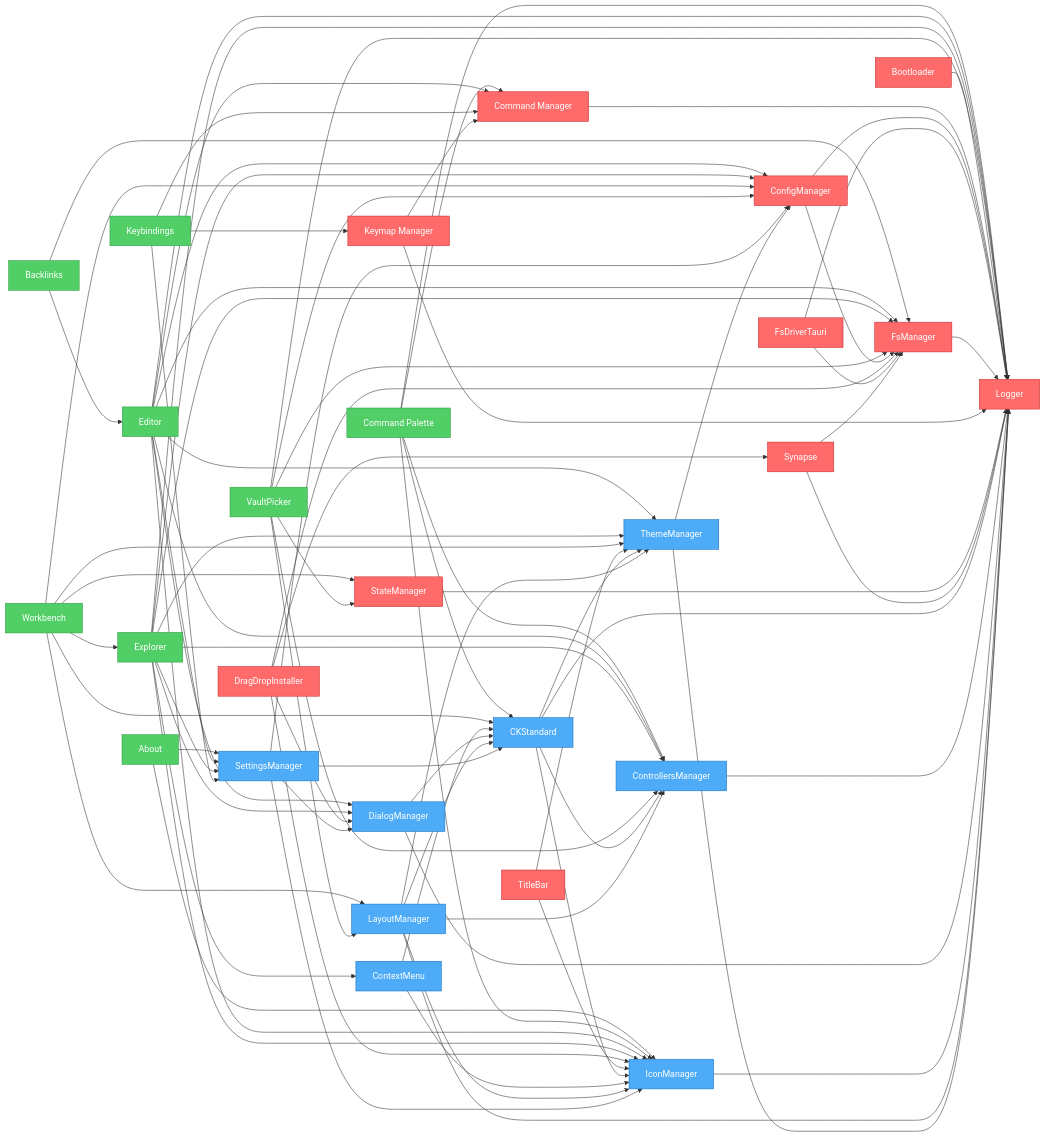
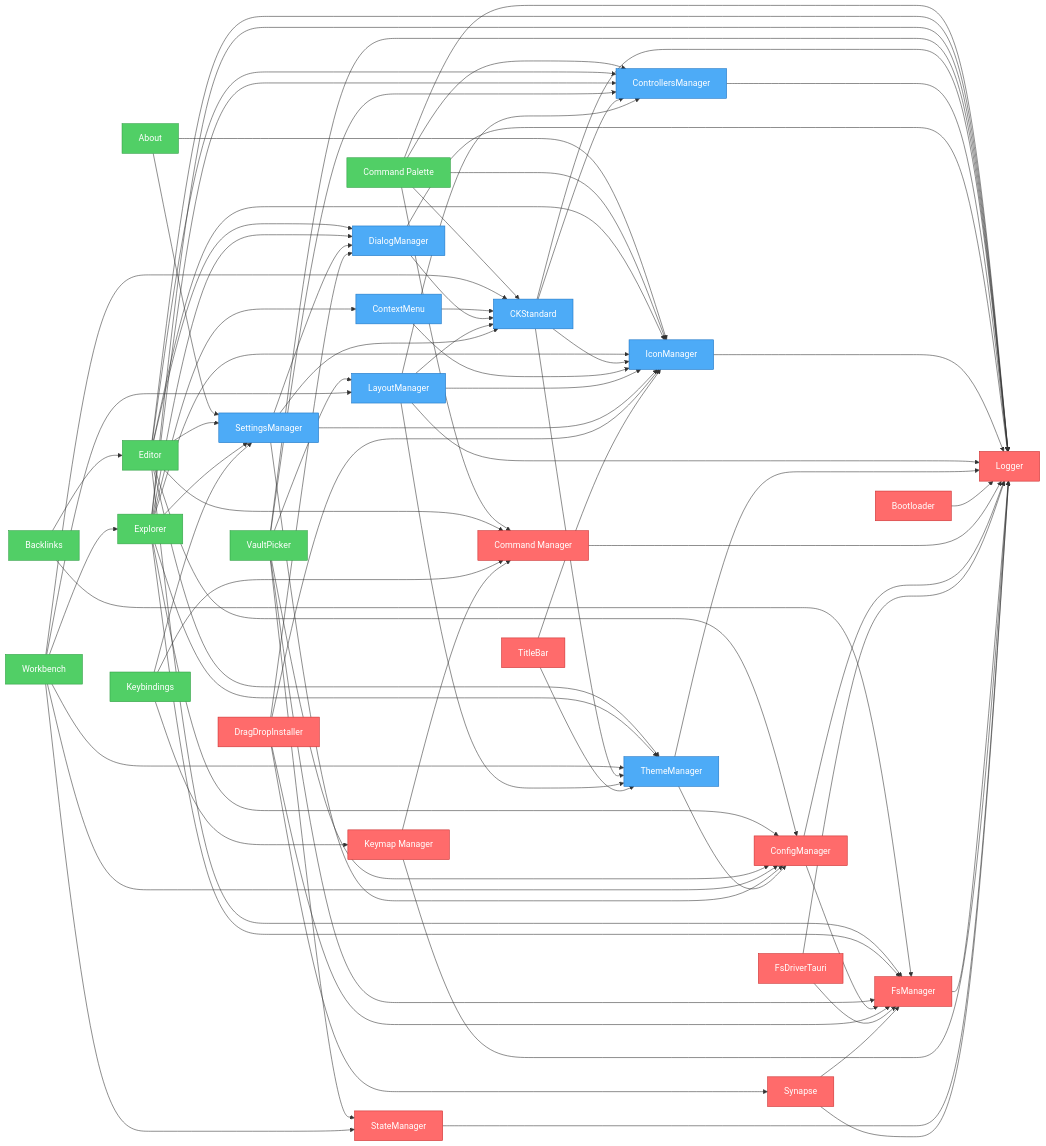
Before and after one commit to khton-tech/notehub.md: the diagram in artifacts/graph.mmd, drawn with Mermaid. The commit also changed other lines of this file and 20 other files, not shown here.

```diff
--- a/artifacts/graph.mmd
+++ b/artifacts/graph.mmd
@@ -1,118 +1,118 @@
 flowchart LR
     nh_features_about["About"]
     nh_features_backlinks["Backlinks"]
     nh_features_command-palette["Command Palette"]
     nh_features_editor["Editor"]
     nh_features_explorer["Explorer"]
     nh_features_keybindings["Keybindings"]
+    nh_features_vault-picker["VaultPicker"]
     nh_features_workbench["Workbench"]
-    nh_features_vault-picker["VaultPicker"]
+    nh_ui_ck-standard["CKStandard"]
+    nh_ui_context-menu["ContextMenu"]
+    nh_ui_controllers-manager["ControllersManager"]
+    nh_ui_dialog-manager["DialogManager"]
+    nh_ui_icon-manager["IconManager"]
+    nh_ui_layout-manager["LayoutManager"]
+    nh_ui_settings-manager["SettingsManager"]
+    nh_ui_theme-manager["ThemeManager"]
     nh_system_bootloader["Bootloader"]
     nh_system_command-manager["Command Manager"]
     nh_system_config-manager["ConfigManager"]
     nh_system_drag-drop["DragDropInstaller"]
     nh_system_fs-driver-tauri["FsDriverTauri"]
     nh_system_fs-manager["FsManager"]
     nh_system_keymap["Keymap Manager"]
     nh_system_logger["Logger"]
     nh_system_state-manager["StateManager"]
     nh_system_synapse["Synapse"]
     nh_system_titlebar["TitleBar"]
-    nh_ui_ck-standard["CKStandard"]
-    nh_ui_context-menu["ContextMenu"]
-    nh_ui_controllers-manager["ControllersManager"]
-    nh_ui_dialog-manager["DialogManager"]
-    nh_ui_icon-manager["IconManager"]
-    nh_ui_layout-manager["LayoutManager"]
-    nh_ui_settings-manager["SettingsManager"]
-    nh_ui_theme-manager["ThemeManager"]
     nh_features_about --> nh_ui_settings-manager
     nh_features_about --> nh_ui_icon-manager
     nh_features_backlinks --> nh_features_editor
     nh_features_backlinks --> nh_system_fs-manager
     nh_features_command-palette --> nh_system_command-manager
     nh_features_command-palette --> nh_system_logger
     nh_features_command-palette --> nh_ui_controllers-manager
     nh_features_command-palette --> nh_ui_ck-standard
     nh_features_command-palette --> nh_ui_icon-manager
     nh_features_editor --> nh_system_config-manager
     nh_features_editor --> nh_system_command-manager
     nh_features_editor --> nh_ui_settings-manager
     nh_features_editor --> nh_system_fs-manager
     nh_features_editor --> nh_system_logger
     nh_features_editor --> nh_ui_controllers-manager
     nh_features_editor --> nh_ui_dialog-manager
     nh_features_editor --> nh_ui_icon-manager
     nh_features_editor --> nh_ui_theme-manager
     nh_features_explorer --> nh_system_config-manager
     nh_features_explorer --> nh_ui_settings-manager
     nh_features_explorer --> nh_system_fs-manager
     nh_features_explorer --> nh_system_logger
     nh_features_explorer --> nh_ui_controllers-manager
     nh_features_explorer --> nh_ui_icon-manager
     nh_features_explorer --> nh_ui_theme-manager
     nh_features_explorer --> nh_ui_context-menu
     nh_features_explorer --> nh_ui_dialog-manager
     nh_features_keybindings --> nh_ui_settings-manager
     nh_features_keybindings --> nh_system_command-manager
     nh_features_keybindings --> nh_system_keymap
+    nh_features_vault-picker --> nh_system_fs-manager
+    nh_features_vault-picker --> nh_system_config-manager
+    nh_features_vault-picker --> nh_system_state-manager
+    nh_features_vault-picker --> nh_system_logger
+    nh_features_vault-picker --> nh_ui_controllers-manager
+    nh_features_vault-picker --> nh_ui_layout-manager
     nh_features_workbench --> nh_system_config-manager
     nh_features_workbench --> nh_ui_layout-manager
     nh_features_workbench --> nh_ui_theme-manager
     nh_features_workbench --> nh_ui_ck-standard
     nh_features_workbench --> nh_system_state-manager
     nh_features_workbench --> nh_features_explorer
-    nh_features_vault-picker --> nh_system_fs-manager
-    nh_features_vault-picker --> nh_system_config-manager
-    nh_features_vault-picker --> nh_system_state-manager
-    nh_features_vault-picker --> nh_system_logger
-    nh_features_vault-picker --> nh_ui_controllers-manager
-    nh_features_vault-picker --> nh_ui_layout-manager
-    nh_system_bootloader --> nh_system_logger
-    nh_system_command-manager --> nh_system_logger
-    nh_system_config-manager --> nh_system_logger
-    nh_system_config-manager --> nh_system_fs-manager
-    nh_system_drag-drop --> nh_ui_icon-manager
-    nh_system_drag-drop --> nh_ui_dialog-manager
-    nh_system_drag-drop --> nh_system_fs-manager
-    nh_system_drag-drop --> nh_system_synapse
-    nh_system_fs-driver-tauri --> nh_system_logger
-    nh_system_fs-driver-tauri --> nh_system_fs-manager
-    nh_system_fs-manager --> nh_system_logger
-    nh_system_keymap --> nh_system_command-manager
-    nh_system_keymap --> nh_system_logger
-    nh_system_state-manager --> nh_system_logger
-    nh_system_synapse --> nh_system_fs-manager
-    nh_system_synapse --> nh_system_logger
-    nh_system_titlebar --> nh_ui_icon-manager
-    nh_system_titlebar --> nh_ui_theme-manager
     nh_ui_ck-standard --> nh_system_logger
     nh_ui_ck-standard --> nh_ui_controllers-manager
     nh_ui_ck-standard --> nh_ui_icon-manager
     nh_ui_ck-standard --> nh_ui_theme-manager
     nh_ui_context-menu --> nh_ui_icon-manager
     nh_ui_context-menu --> nh_ui_ck-standard
     nh_ui_controllers-manager --> nh_system_logger
     nh_ui_dialog-manager --> nh_system_logger
     nh_ui_dialog-manager --> nh_ui_ck-standard
     nh_ui_icon-manager --> nh_system_logger
     nh_ui_layout-manager --> nh_system_logger
     nh_ui_layout-manager --> nh_ui_theme-manager
     nh_ui_layout-manager --> nh_ui_icon-manager
     nh_ui_layout-manager --> nh_ui_controllers-manager
     nh_ui_layout-manager --> nh_ui_ck-standard
     nh_ui_settings-manager --> nh_system_config-manager
     nh_ui_settings-manager --> nh_ui_ck-standard
     nh_ui_settings-manager --> nh_ui_icon-manager
     nh_ui_settings-manager --> nh_ui_dialog-manager
     nh_ui_theme-manager --> nh_system_logger
     nh_ui_theme-manager --> nh_system_config-manager
+    nh_system_bootloader --> nh_system_logger
+    nh_system_command-manager --> nh_system_logger
+    nh_system_config-manager --> nh_system_logger
+    nh_system_config-manager --> nh_system_fs-manager
+    nh_system_drag-drop --> nh_ui_icon-manager
+    nh_system_drag-drop --> nh_ui_dialog-manager
+    nh_system_drag-drop --> nh_system_fs-manager
+    nh_system_drag-drop --> nh_system_synapse
+    nh_system_fs-driver-tauri --> nh_system_logger
+    nh_system_fs-driver-tauri --> nh_system_fs-manager
+    nh_system_fs-manager --> nh_system_logger
+    nh_system_keymap --> nh_system_command-manager
+    nh_system_keymap --> nh_system_logger
+    nh_system_state-manager --> nh_system_logger
+    nh_system_synapse --> nh_system_fs-manager
+    nh_system_synapse --> nh_system_logger
+    nh_system_titlebar --> nh_ui_icon-manager
+    nh_system_titlebar --> nh_ui_theme-manager
 
     %% Styles
     classDef system fill:#ff6b6b,stroke:#c92a2a,color:#fff
     classDef ui fill:#4dabf7,stroke:#1971c2,color:#fff
     classDef feature fill:#51cf66,stroke:#2f9e44,color:#fff
     class nh_features_about,nh_features_backlinks,nh_features_keybindings,nh_features_vault-picker feature
     class nh_features_command-palette,nh_features_editor,nh_features_explorer,nh_features_workbench feature
+    class nh_ui_ck-standard,nh_ui_context-menu,nh_ui_controllers-manager,nh_ui_dialog-manager,nh_ui_icon-manager,nh_ui_layout-manager,nh_ui_settings-manager,nh_ui_theme-manager ui
     class nh_system_bootloader,nh_system_command-manager,nh_system_config-manager,nh_system_drag-drop,nh_system_fs-driver-tauri,nh_system_fs-manager,nh_system_keymap,nh_system_logger,nh_system_state-manager,nh_system_synapse,nh_system_titlebar system
-    class nh_ui_ck-standard,nh_ui_context-menu,nh_ui_controllers-manager,nh_ui_dialog-manager,nh_ui_icon-manager,nh_ui_layout-manager,nh_ui_settings-manager,nh_ui_theme-manager ui
```
